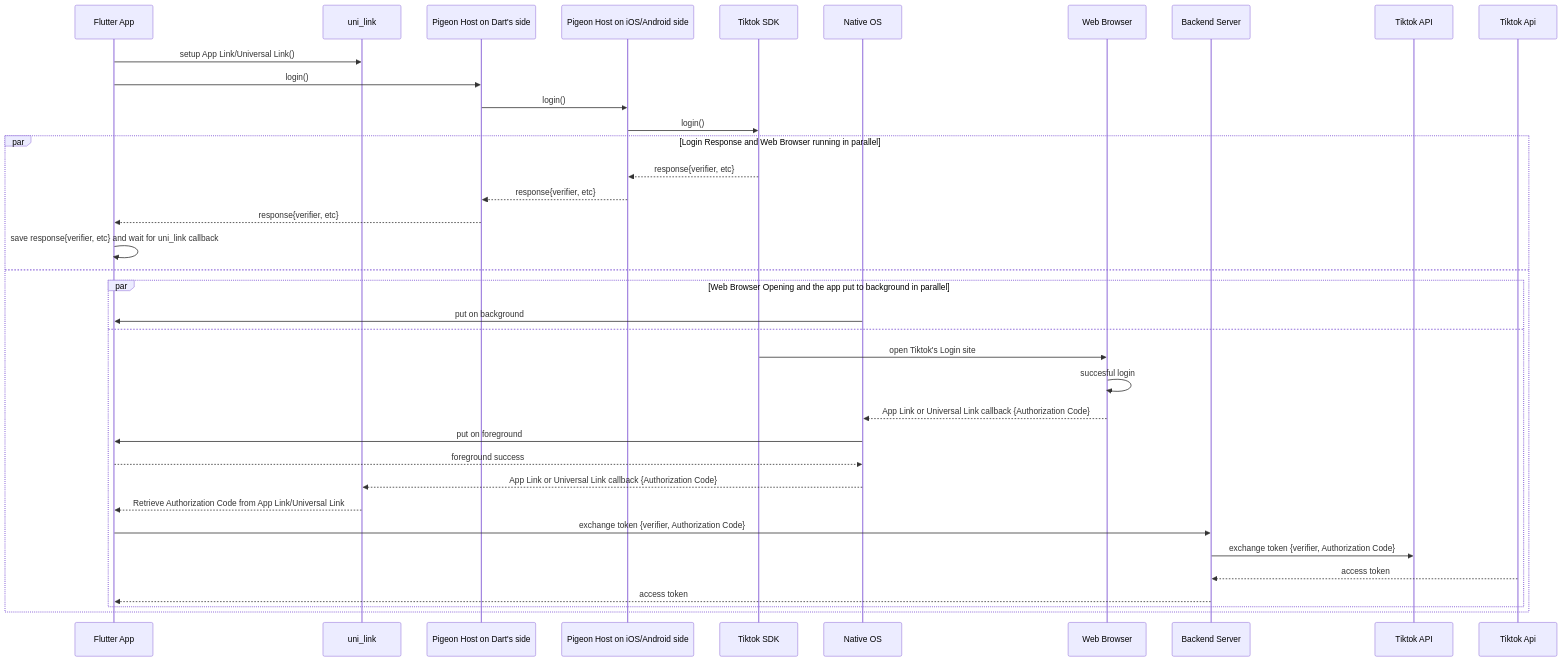
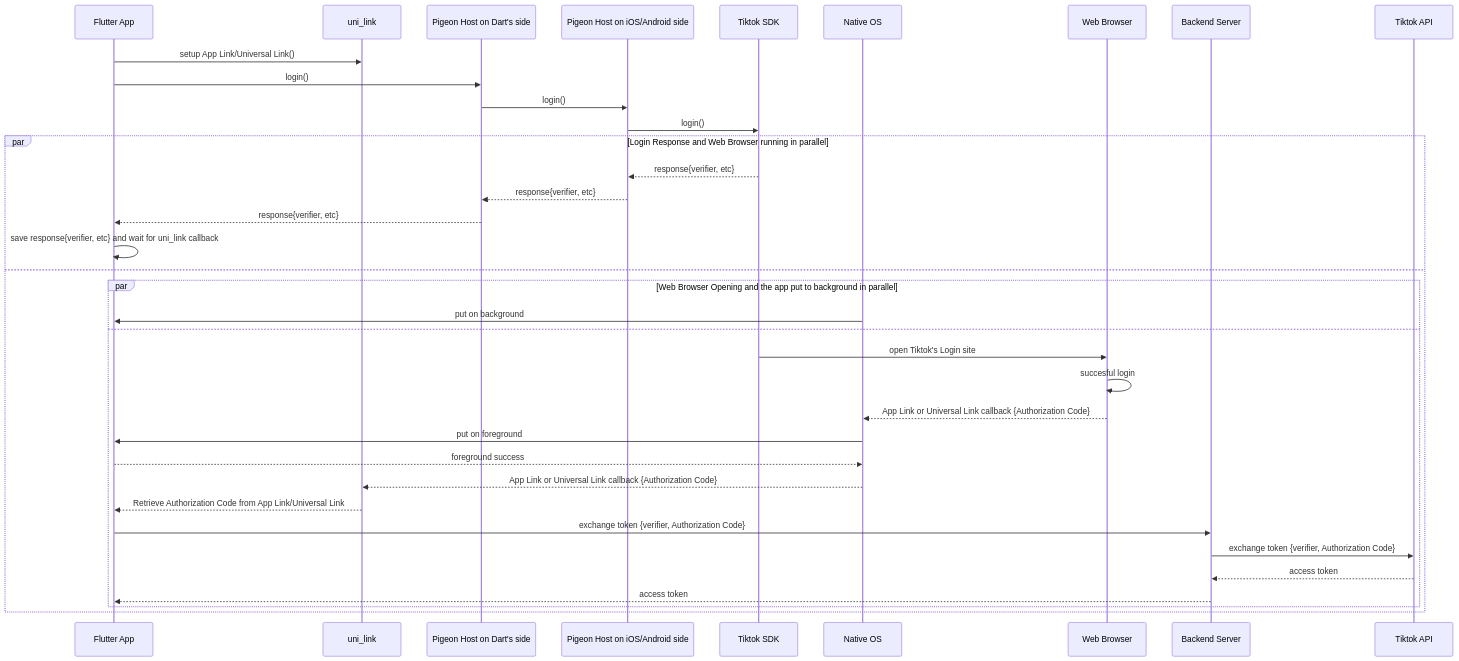
Before and after one commit to IDN-Media/tiktok_api: the second of 2 diagrams in README.md, drawn with Mermaid.

Commit message:
fix: Tiktok API typo

````diff
--- a/README.md
+++ b/README.md
@@ -58,38 +58,38 @@
 ```mermaid
 sequenceDiagram
   Flutter App ->> uni_link: setup App Link/Universal Link()
   Flutter App ->> Pigeon Host on Dart's side: login()
   Pigeon Host on Dart's side ->> Pigeon Host on iOS/Android side: login()
   Pigeon Host on iOS/Android side ->> Tiktok SDK: login()
   par Login Response and Web Browser running in parallel
     Tiktok SDK -->> Pigeon Host on iOS/Android side: response{verifier, etc}
     Pigeon Host on iOS/Android side -->> Pigeon Host on Dart's side: response{verifier, etc}
     Pigeon Host on Dart's side -->> Flutter App: response{verifier, etc}
     Flutter App ->> Flutter App: save response{verifier, etc} and wait for uni_link callback
   and    
     
     par Web Browser Opening and the app put to background in parallel
       Native OS ->> Flutter App: put on background
     and
       
       Tiktok SDK ->> Web Browser: open Tiktok's Login site      
       Web Browser ->> Web Browser: succesful login
       Web Browser -->> Native OS: App Link or Universal Link callback {Authorization Code}
       Native OS ->> Flutter App: put on foreground
 
       Flutter App -->> Native OS: foreground success
 
       Native OS -->> uni_link: App Link or Universal Link callback {Authorization Code}
       uni_link -->> Flutter App: Retrieve Authorization Code from App Link/Universal Link
       Flutter App ->> Backend Server: exchange token {verifier, Authorization Code}
       Backend Server ->> Tiktok API: exchange token {verifier, Authorization Code}
-      Tiktok Api -->> Backend Server: access token
+      Tiktok API -->> Backend Server: access token
       Backend Server -->> Flutter App: access token
     end
 
     
 
   end
 
   
 ```
````
